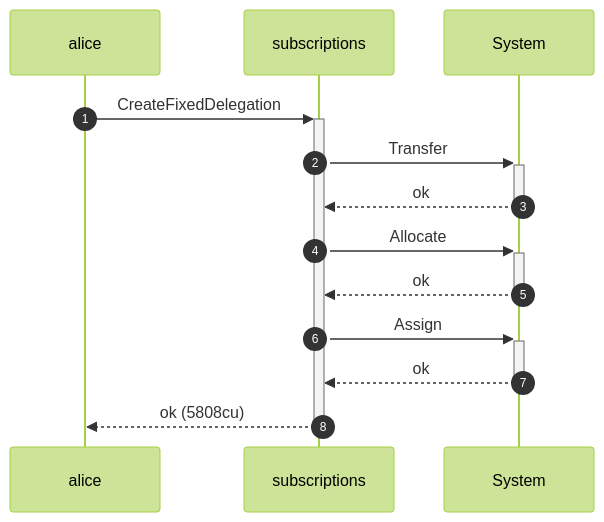
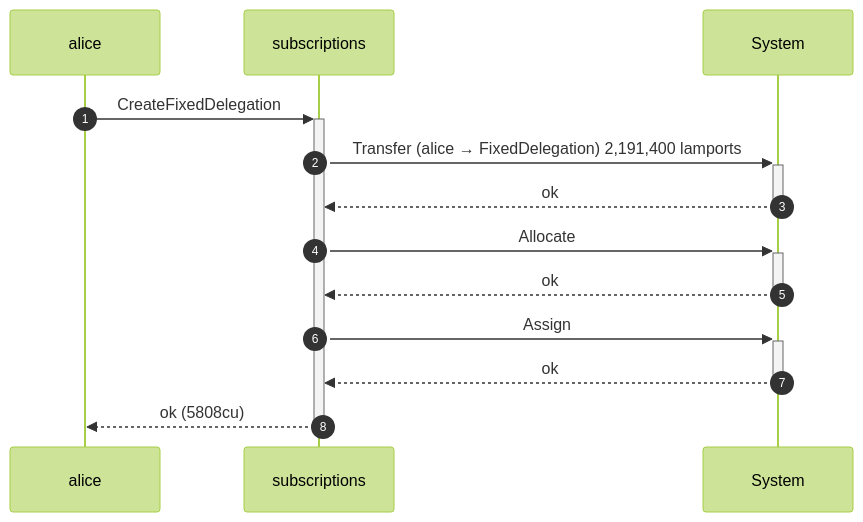
Before and after one commit to cds-rs/subscriptions: the sixth of 8 diagrams in dsl_tests/survive-a-pre-funded-delegation-pda.md, drawn with Mermaid (forest theme). The commit also changed other lines of this file and 224 other files, not shown here.

````diff
--- a/dsl_tests/survive-a-pre-funded-delegation-pda.md
+++ b/dsl_tests/survive-a-pre-funded-delegation-pda.md
@@ -120,15 +126,15 @@
 ```mermaid
 sequenceDiagram
     autonumber
     participant alice
     participant subscriptions
     participant System
     alice ->>+ subscriptions: CreateFixedDelegation
-    subscriptions ->>+ System: Transfer
+    subscriptions ->>+ System: Transfer (alice → FixedDelegation) 2,191,400 lamports
     System -->>- subscriptions: ok
     subscriptions ->>+ System: Allocate
     System -->>- subscriptions: ok
     subscriptions ->>+ System: Assign
     System -->>- subscriptions: ok
     subscriptions -->>- alice: ok (5808cu)
 ```
````
